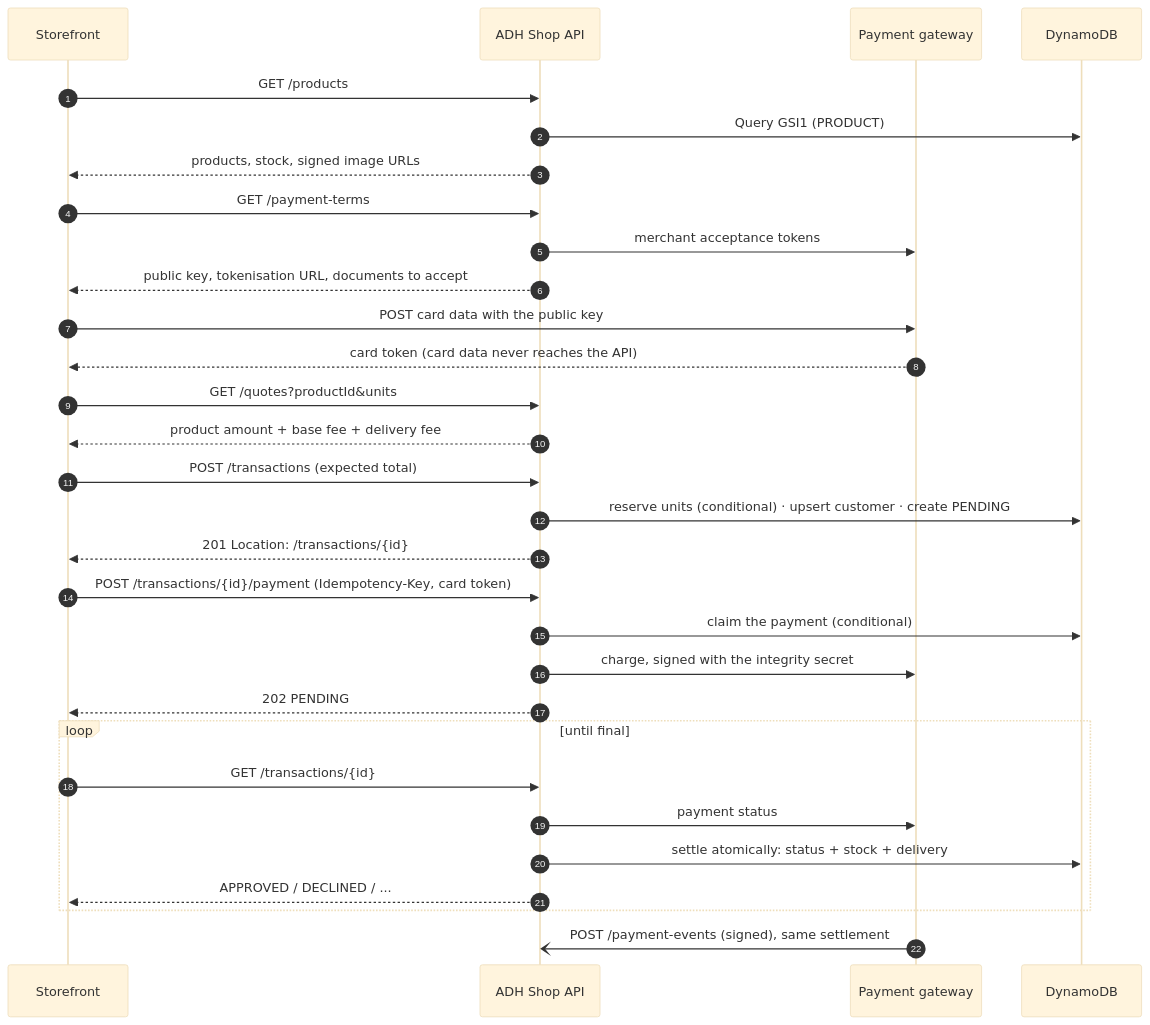
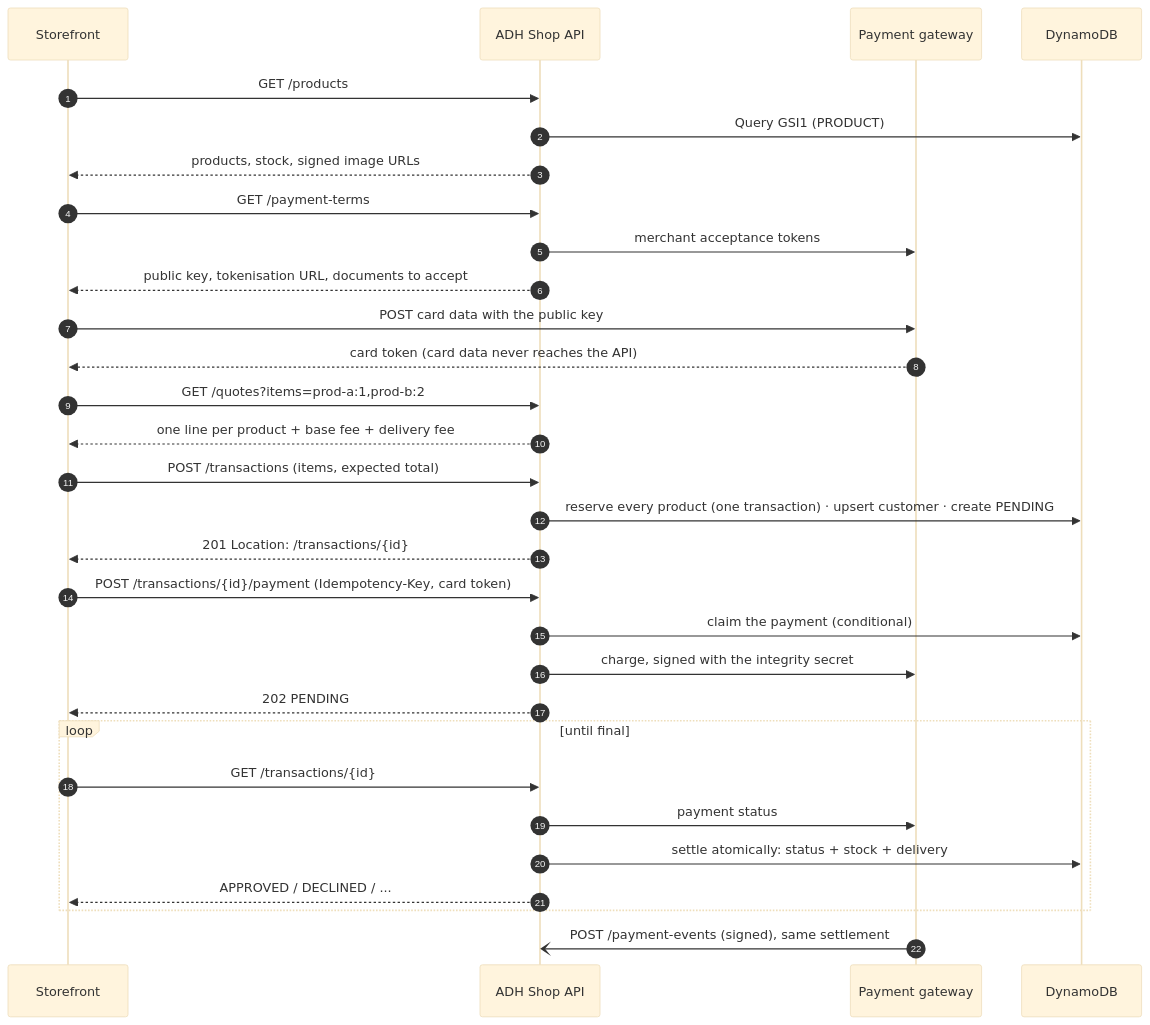
The diagram in README.md (alfredo0607/adh-shop-api), drawn with Mermaid (base theme) before and after one commit. The commit also changed other lines of this file and 42 other files, not shown here.

````diff
--- a/README.md
+++ b/README.md
@@ -121,38 +121,38 @@
 ```mermaid
 sequenceDiagram
     autonumber
     participant S as Storefront
     participant A as ADH Shop API
     participant G as Payment gateway
     participant D as DynamoDB
 
     S->>A: GET /products
     A->>D: Query GSI1 (PRODUCT)
     A-->>S: products, stock, signed image URLs
 
     S->>A: GET /payment-terms
     A->>G: merchant acceptance tokens
     A-->>S: public key, tokenisation URL, documents to accept
     S->>G: POST card data with the public key
     G-->>S: card token (card data never reaches the API)
 
-    S->>A: GET /quotes?productId&units
-    A-->>S: product amount + base fee + delivery fee
+    S->>A: GET /quotes?items=prod-a:1,prod-b:2
+    A-->>S: one line per product + base fee + delivery fee
 
-    S->>A: POST /transactions (expected total)
-    A->>D: reserve units (conditional) · upsert customer · create PENDING
+    S->>A: POST /transactions (items, expected total)
+    A->>D: reserve every product (one transaction) · upsert customer · create PENDING
     A-->>S: 201 Location: /transactions/{id}
 
     S->>A: POST /transactions/{id}/payment (Idempotency-Key, card token)
     A->>D: claim the payment (conditional)
     A->>G: charge, signed with the integrity secret
     A-->>S: 202 PENDING
 
     loop until final
         S->>A: GET /transactions/{id}
         A->>G: payment status
         A->>D: settle atomically: status + stock + delivery
         A-->>S: APPROVED / DECLINED / ...
     end
     G-)A: POST /payment-events (signed), same settlement
 ```
````
